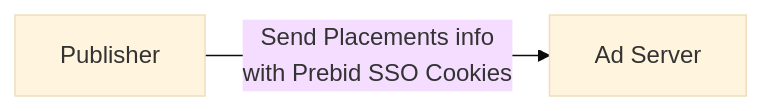
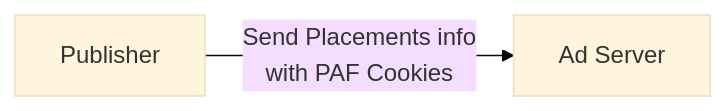
Before and after one commit to OneKey-Network/addressability-framework: the third of 4 diagrams in mvp-spec/ad-server-implementation.md, drawn with Mermaid (base theme). The commit also changed other lines of this file, not shown here.

First line of the commit message:
Replacing Prebid SSO with PAF (#110)

````diff
--- a/mvp-spec/ad-server-implementation.md
+++ b/mvp-spec/ad-server-implementation.md
@@ -83,4 +83,4 @@
 ```mermaid
 flowchart LR
-    Publisher-- Send Placements info <br /> with Prebid SSO Cookies -->AdServer[Ad Server]
+    Publisher-- Send Placements info <br /> with PAF Cookies -->AdServer[Ad Server]
 ```
````
